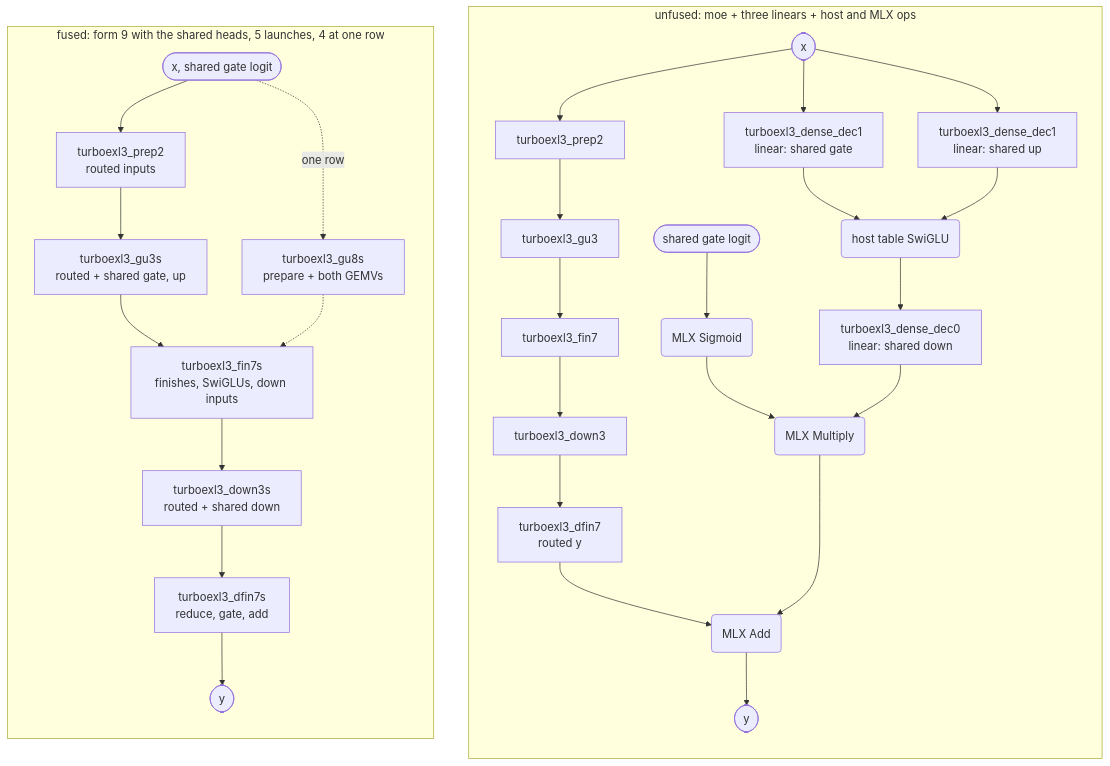
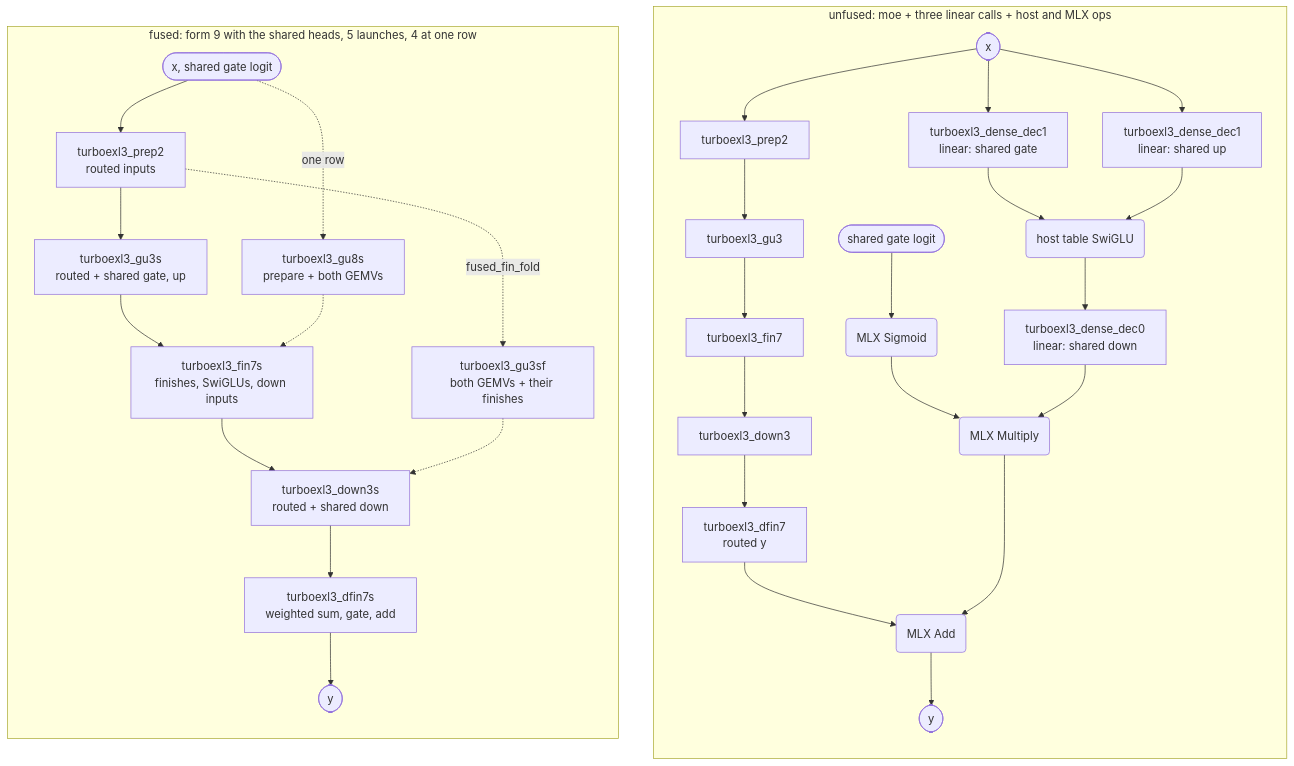
One commit to davidtai/turboexl3 changed the second of 11 diagrams in docs/KERNELS.md. Above: the diagram before and after it, drawn with Mermaid. The commit also changed other lines of this file and 268 other files, not shown here.

````diff
--- a/docs/KERNELS.md
+++ b/docs/KERNELS.md
@@ -148,33 +237,35 @@
 ```mermaid
 flowchart TB
-  subgraph U["unfused: moe + three linears + host and MLX ops"]
+  subgraph U["unfused: moe + three linear calls + host and MLX ops"]
     direction TB
     ux(["x"]) --> ur1["turboexl3_prep2"]
     ur1 --> ur2["turboexl3_gu3"]
     ur2 --> ur3["turboexl3_fin7"]
     ur3 --> ur4["turboexl3_down3"]
     ur4 --> ur5["turboexl3_dfin7<br/>routed y"]
     ux --> usg["turboexl3_dense_dec1<br/>linear: shared gate"]
     ux --> usu["turboexl3_dense_dec1<br/>linear: shared up"]
     usg --> usw("host table SwiGLU")
     usu --> usw
     usw --> usd["turboexl3_dense_dec0<br/>linear: shared down"]
     ul(["shared gate logit"]) --> usg2("MLX Sigmoid")
     usg2 --> umu("MLX Multiply")
     usd --> umu
     ur5 --> uad("MLX Add")
     umu --> uad
     uad --> uy(["y"])
   end
   subgraph F["fused: form 9 with the shared heads, 5 launches, 4 at one row"]
     direction TB
     fx(["x, shared gate logit"]) --> f1["turboexl3_prep2<br/>routed inputs"]
     f1 --> f2["turboexl3_gu3s<br/>routed + shared gate, up"]
     fx -.->|one row| f2b["turboexl3_gu8s<br/>prepare + both GEMVs"]
     f2 --> f3["turboexl3_fin7s<br/>finishes, SwiGLUs, down inputs"]
     f2b -.-> f3
     f3 --> f4["turboexl3_down3s<br/>routed + shared down"]
-    f4 --> f5["turboexl3_dfin7s<br/>reduce, gate, add"]
+    f1 -.->|fused_fin_fold| f2f["turboexl3_gu3sf<br/>both GEMVs + their finishes"]
+    f2f -.-> f4
+    f4 --> f5["turboexl3_dfin7s<br/>weighted sum, gate, add"]
     f5 --> fy(["y"])
   end
 ```
````
